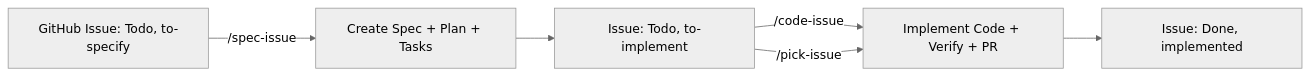
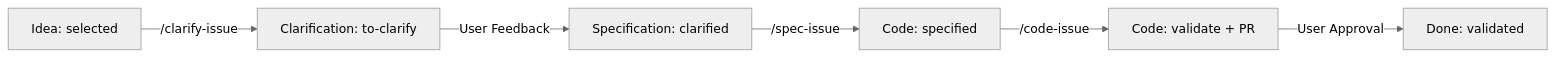
One commit to sebastienferry/fretzee changed the diagram in AGENTS.md. Above: the diagram before and after it, drawn with Mermaid (neutral theme). The commit also changed other lines of this file and 11 other files, not shown here.

````diff
--- a/AGENTS.md
+++ b/AGENTS.md
@@ -115,9 +115,8 @@
 ```mermaid
 graph LR
-    A[GitHub Issue: Todo, to-specify] -->|/spec-issue| B[Create Spec + Plan + Tasks]
-    B --> C[Issue: Todo, to-implement]
-    C -->|/code-issue| D[Implement Code + Verify + PR]
-    D --> E[Issue: Done, implemented]
-    
-    C -->|/pick-issue| D
+    A[Idea: selected] -->|/clarify-issue| B[Clarification: to-clarify]
+    B -->|User Feedback| C[Specification: clarified]
+    C -->|/spec-issue| D[Code: specified]
+    D -->|/code-issue| E[Code: validate + PR]
+    E -->|User Approval| F[Done: validated]
 ```
````
